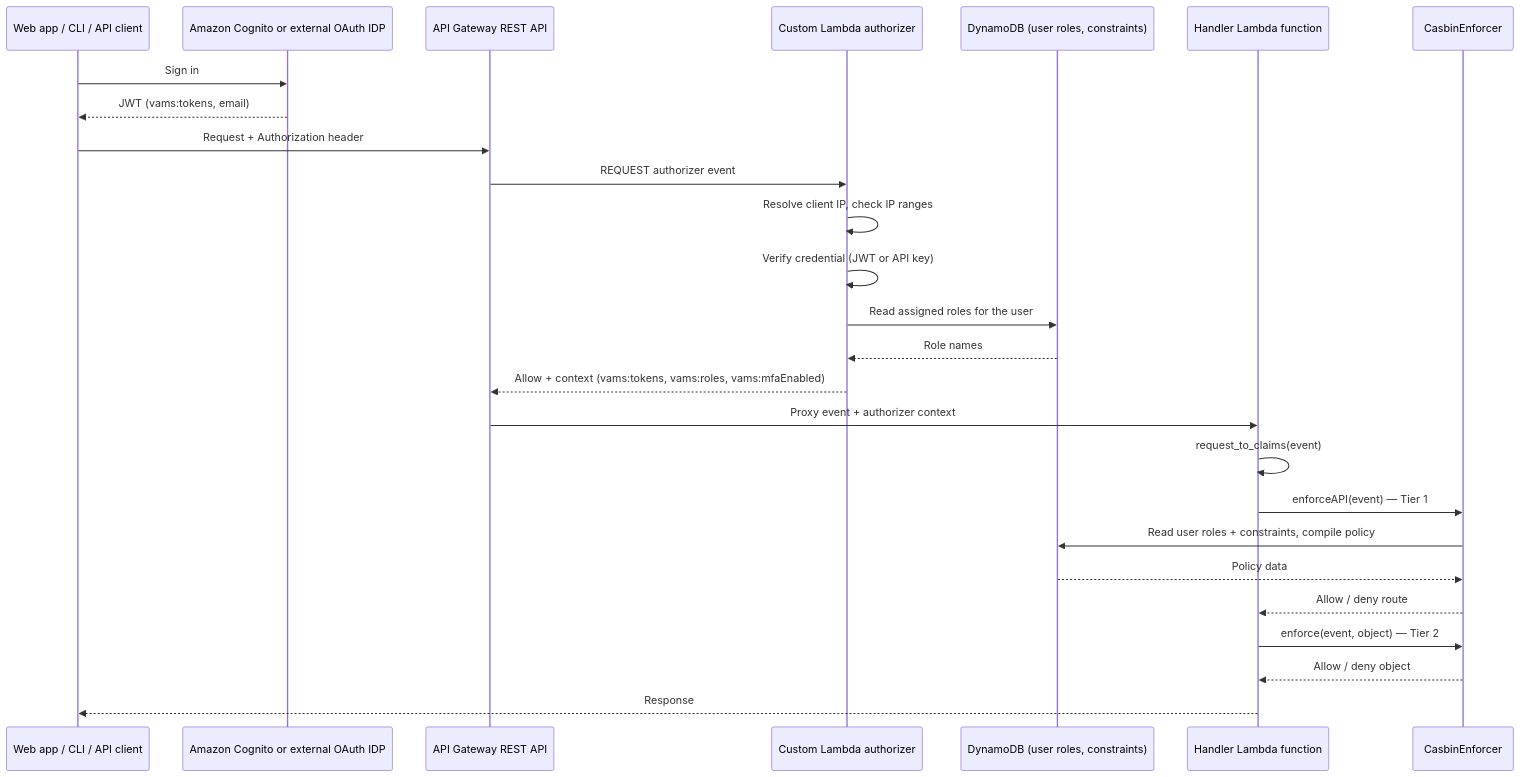
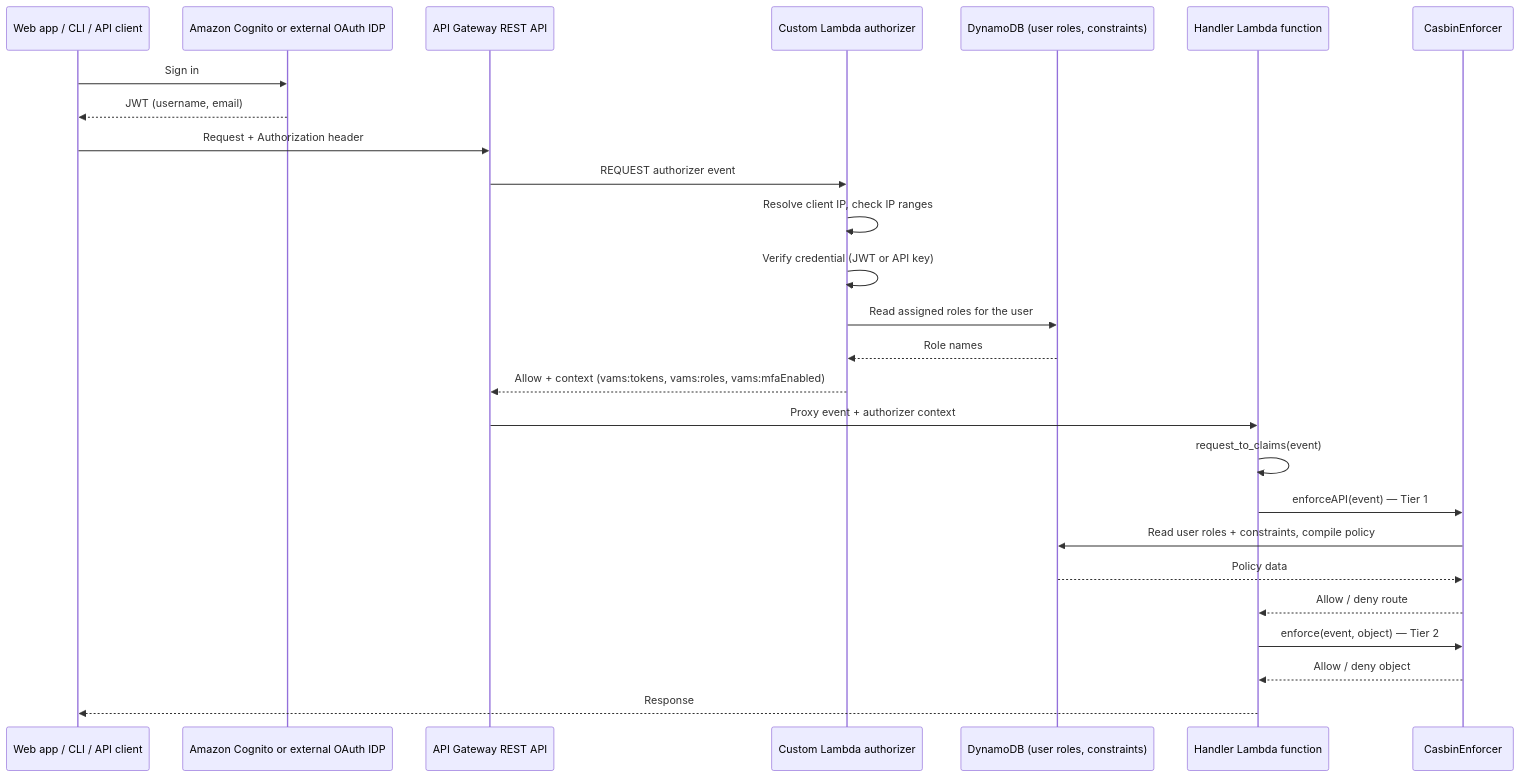
The diagram in documentation/docusaurus-site/docs/developer/security.md (awslabs/visual-asset-management-system), drawn with Mermaid before and after one commit. The commit also changed other lines of this file and 6 other files, not shown here.

````diff
--- a/documentation/docusaurus-site/docs/developer/security.md
+++ b/documentation/docusaurus-site/docs/developer/security.md
@@ -9,29 +9,29 @@
 ```mermaid
 sequenceDiagram
     participant Client as Web app / CLI / API client
     participant IDP as Amazon Cognito or external OAuth IDP
     participant APIGW as API Gateway REST API
     participant Authorizer as Custom Lambda authorizer
     participant DDB as DynamoDB (user roles, constraints)
     participant Handler as Handler Lambda function
     participant Casbin as CasbinEnforcer
 
     Client->>IDP: Sign in
-    IDP-->>Client: JWT (vams:tokens, email)
+    IDP-->>Client: JWT (username, email)
     Client->>APIGW: Request + Authorization header
     APIGW->>Authorizer: REQUEST authorizer event
     Authorizer->>Authorizer: Resolve client IP, check IP ranges
     Authorizer->>Authorizer: Verify credential (JWT or API key)
     Authorizer->>DDB: Read assigned roles for the user
     DDB-->>Authorizer: Role names
     Authorizer-->>APIGW: Allow + context (vams:tokens, vams:roles, vams:mfaEnabled)
     APIGW->>Handler: Proxy event + authorizer context
     Handler->>Handler: request_to_claims(event)
     Handler->>Casbin: enforceAPI(event) — Tier 1
     Casbin->>DDB: Read user roles + constraints, compile policy
     DDB-->>Casbin: Policy data
     Casbin-->>Handler: Allow / deny route
     Handler->>Casbin: enforce(event, object) — Tier 2
     Casbin-->>Handler: Allow / deny object
     Handler-->>Client: Response
 ```
````
